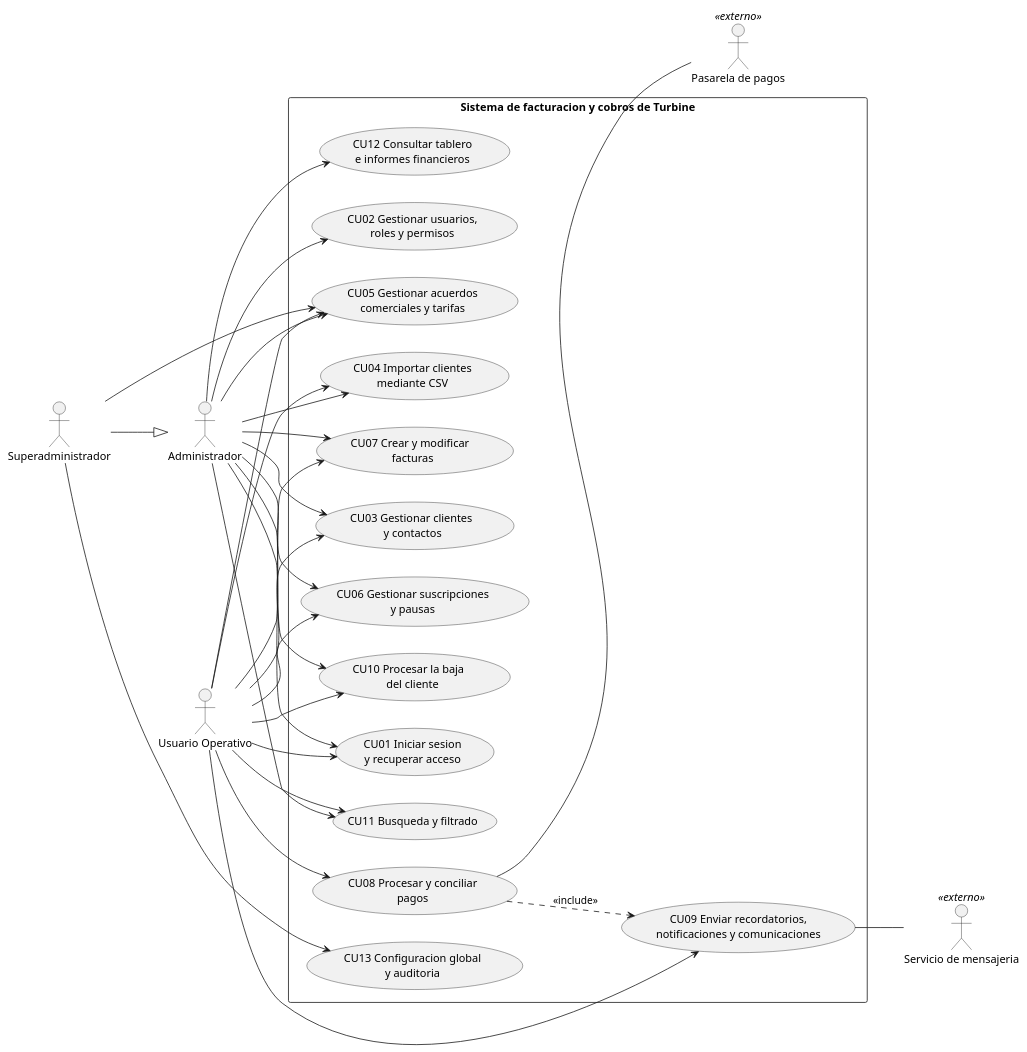
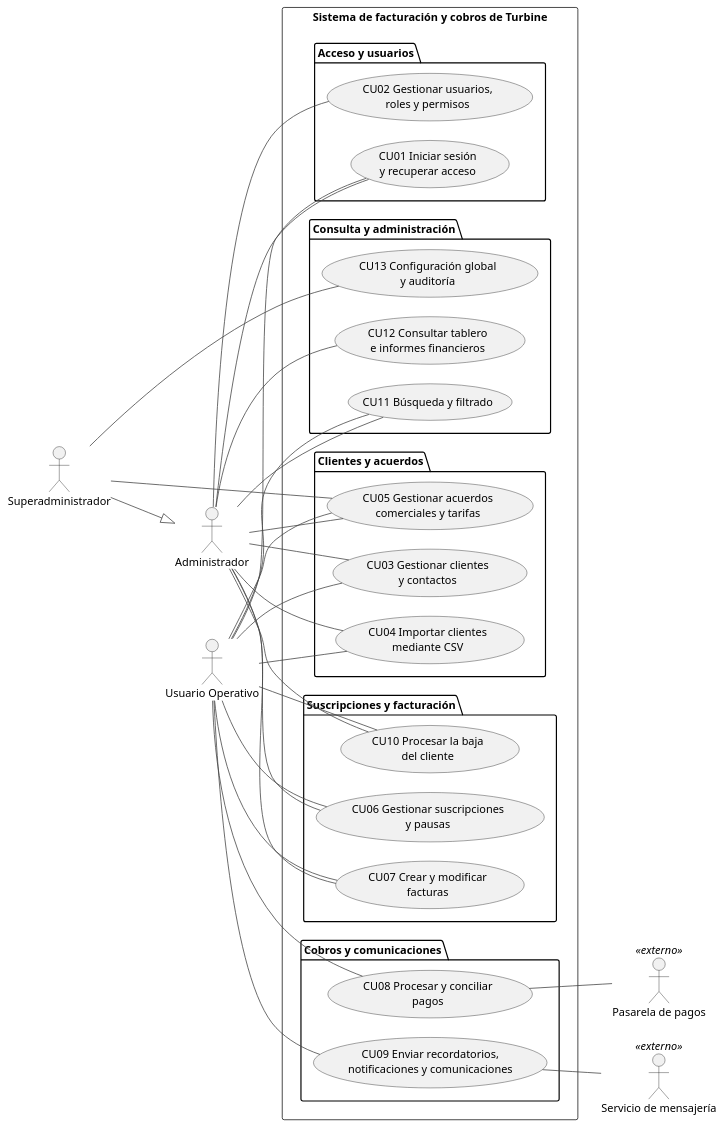
One commit to sandrardguezz/trabajo-ada changed the diagram in Diagramas/Diagrama-casos-de-uso.puml. Above: the diagram before and after it, drawn with PlantUML.

```diff
--- a/Diagramas/Diagrama-casos-de-uso.puml
+++ b/Diagramas/Diagrama-casos-de-uso.puml
@@ -1,52 +1,71 @@
 @startuml
 left to right direction
+skinparam shadowing false
+skinparam ArrowColor #444444
+skinparam nodesep 25
+skinparam ranksep 70
+
 
 actor "Superadministrador" as SA
 actor "Administrador" as AD
 actor "Usuario Operativo" as OP
 actor "Pasarela de pagos" as PAG <<externo>>
-actor "Servicio de mensajeria" as MSG <<externo>>
+actor "Servicio de mensajería" as MSG <<externo>>
 SA --|> AD
 
-rectangle "Sistema de facturacion y cobros de Turbine" {
-  usecase "CU01 Iniciar sesion\ny recuperar acceso" as CU01
-  usecase "CU02 Gestionar usuarios,\nroles y permisos" as CU02
-  usecase "CU03 Gestionar clientes \ny contactos" as CU03
-  usecase "CU04 Importar clientes\nmediante CSV" as CU04
-  usecase "CU05 Gestionar acuerdos\ncomerciales y tarifas" as CU05
-  usecase "CU06 Gestionar suscripciones\ny pausas" as CU06
-  usecase "CU07 Crear y modificar  \nfacturas" as CU07
-  usecase "CU08 Procesar y conciliar\npagos" as CU08
-  usecase "CU09 Enviar recordatorios,\nnotificaciones y comunicaciones" as CU09
-  usecase "CU10 Procesar la baja   \ndel cliente" as CU10
-  usecase "CU11 Busqueda y filtrado" as CU11
-  usecase "CU12 Consultar tablero\ne informes financieros" as CU12
-  usecase "CU13 Configuracion global\ny auditoria" as CU13
+
+rectangle "Sistema de facturación y cobros de Turbine" {
+  package "Acceso y usuarios" {
+    usecase "CU01 Iniciar sesión\ny recuperar acceso" as CU01
+    usecase "CU02 Gestionar usuarios,\nroles y permisos" as CU02
+  }
+
+  package "Clientes y acuerdos"  {
+    usecase "CU03 Gestionar clientes\ny contactos" as CU03
+    usecase "CU04 Importar clientes\nmediante CSV" as CU04
+    usecase "CU05 Gestionar acuerdos\ncomerciales y tarifas" as CU05
+  }
+
+  package "Suscripciones y facturación"  {
+    usecase "CU06 Gestionar suscripciones\ny pausas" as CU06
+    usecase "CU07 Crear y modificar\nfacturas" as CU07
+    usecase "CU10 Procesar la baja\ndel cliente" as CU10
+  }
+
+  package "Cobros y comunicaciones"  {
+    usecase "CU08 Procesar y conciliar\npagos" as CU08
+    usecase "CU09 Enviar recordatorios,\nnotificaciones y comunicaciones" as CU09
+  }
+
+  package "Consulta y administración"  {
+    usecase "CU11 Búsqueda y filtrado" as CU11
+    usecase "CU12 Consultar tablero\ne informes financieros" as CU12
+    usecase "CU13 Configuración global\ny auditoría" as CU13
+  }
 }
 
-OP --> CU01
-AD --> CU01
-AD --> CU02
-AD --> CU03
-OP --> CU03
-AD --> CU04
-OP --> CU04
-SA --> CU05
-AD --> CU05
-OP --> CU05
-AD --> CU06
-OP --> CU06
-AD --> CU07
-OP --> CU07
-OP --> CU08
-OP --> CU09
-AD --> CU10
-OP --> CU10
-AD --> CU11
-OP --> CU11
-AD --> CU12
-SA --> CU13
+OP -- CU01
+OP -- CU03
+OP -- CU04
+OP -- CU05
+OP -- CU06
+OP -- CU07
+OP -- CU08
+OP -- CU09
+OP -- CU10
+OP -- CU11
+AD -- CU01
+AD -- CU02
+AD -- CU03
+AD -- CU04
+AD -- CU05
+AD -- CU06
+AD -- CU07
+AD -- CU10
+AD -- CU11
+AD -- CU12
+SA -- CU05
+SA -- CU13
 CU08 -- PAG
 CU09 -- MSG
-CU08 ..> CU09 : <<include>>
 @enduml
```
